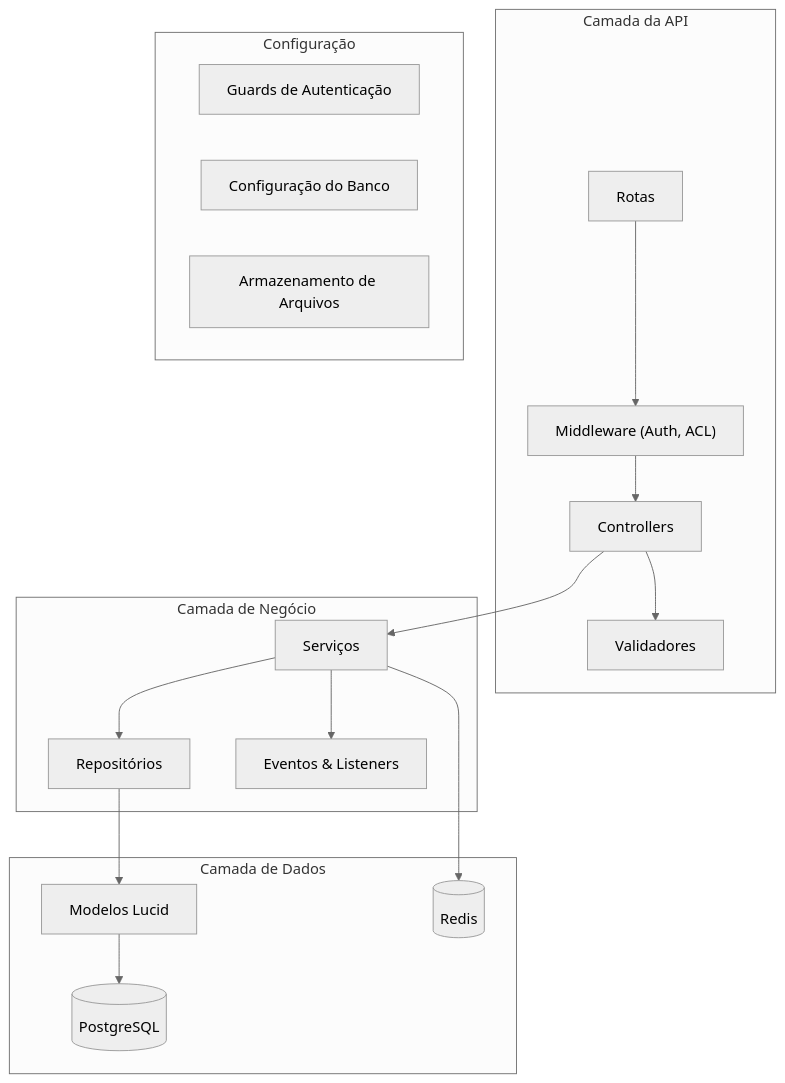
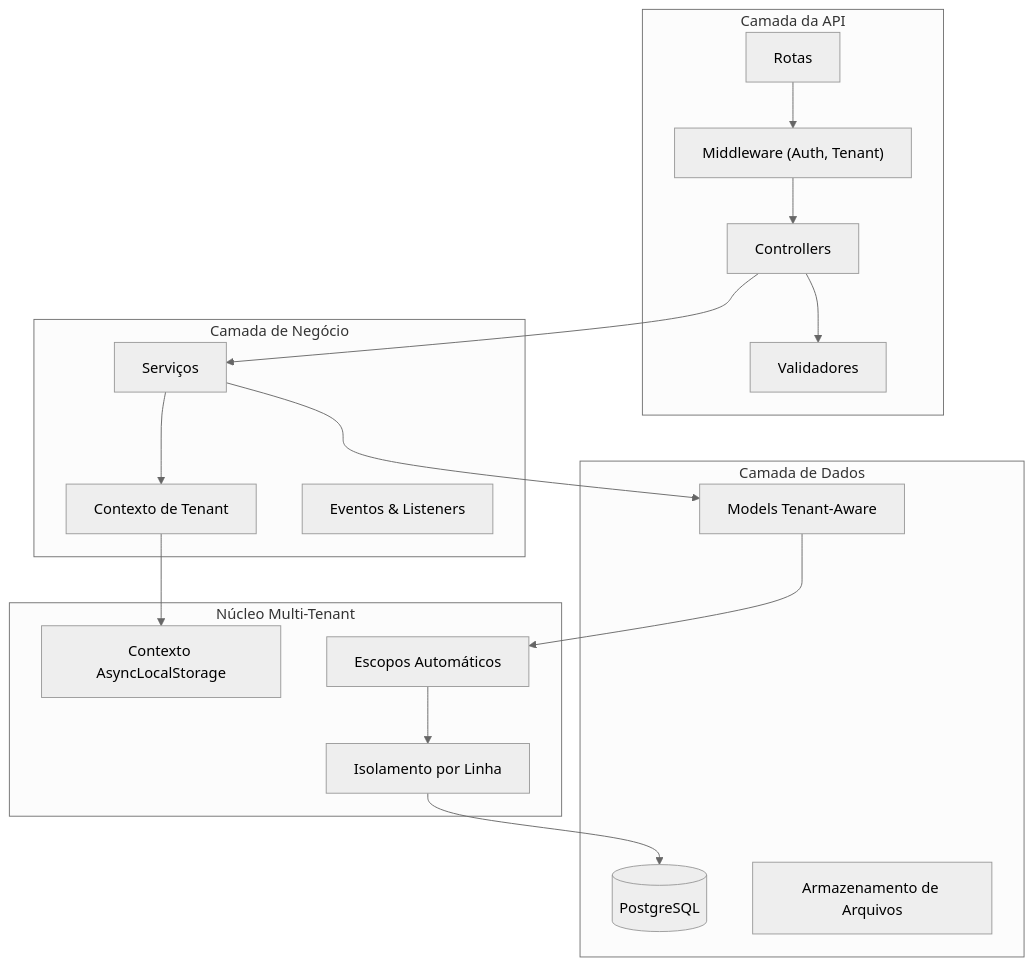
One commit to gabrielmaialva33/juridicai changed the diagram in README-pt.md. Above: the diagram before and after it, drawn with Mermaid (neutral theme). The commit also changed other lines of this file and 2 other files, not shown here.

````diff
--- a/README-pt.md
+++ b/README-pt.md
@@ -42,37 +34,38 @@
 ```mermaid
 graph TD
     subgraph "Camada da API"
         API_ROUTES[Rotas]
-        API_MW["Middleware (Auth, ACL)"]
+        API_MW["Middleware (Auth, Tenant)"]
         API_CTRL[Controllers]
         API_VALIDATORS[Validadores]
     end
 
     subgraph "Camada de Negócio"
         BL_SERVICES[Serviços]
-        BL_REPOS[Repositórios]
+        BL_TENANT[Contexto de Tenant]
         BL_EVENTS[Eventos & Listeners]
     end
 
     subgraph "Camada de Dados"
-        DL_MODELS[Modelos Lucid]
+        DL_MODELS[Models Tenant-Aware]
         DL_DB[(PostgreSQL)]
-        DL_CACHE[(Redis)]
+        DL_STORAGE[Armazenamento de Arquivos]
     end
 
-    subgraph "Configuração"
-        CONF_AUTH[Guards de Autenticação]
-        CONF_DB[Configuração do Banco]
-        CONF_STORAGE[Armazenamento de Arquivos]
+    subgraph "Núcleo Multi-Tenant"
+        MT_CONTEXT[Contexto AsyncLocalStorage]
+        MT_SCOPES[Escopos Automáticos]
+        MT_ISOLATION[Isolamento por Linha]
     end
 
     API_ROUTES --> API_MW
     API_MW --> API_CTRL
     API_CTRL --> API_VALIDATORS
     API_CTRL --> BL_SERVICES
-    BL_SERVICES --> BL_REPOS
-    BL_SERVICES --> BL_EVENTS
-    BL_REPOS --> DL_MODELS
-    DL_MODELS --> DL_DB
-    BL_SERVICES --> DL_CACHE
+    BL_SERVICES --> BL_TENANT
+    BL_SERVICES --> DL_MODELS
+    DL_MODELS --> MT_SCOPES
+    MT_SCOPES --> MT_ISOLATION
+    MT_ISOLATION --> DL_DB
+    BL_TENANT --> MT_CONTEXT
 ```
````
